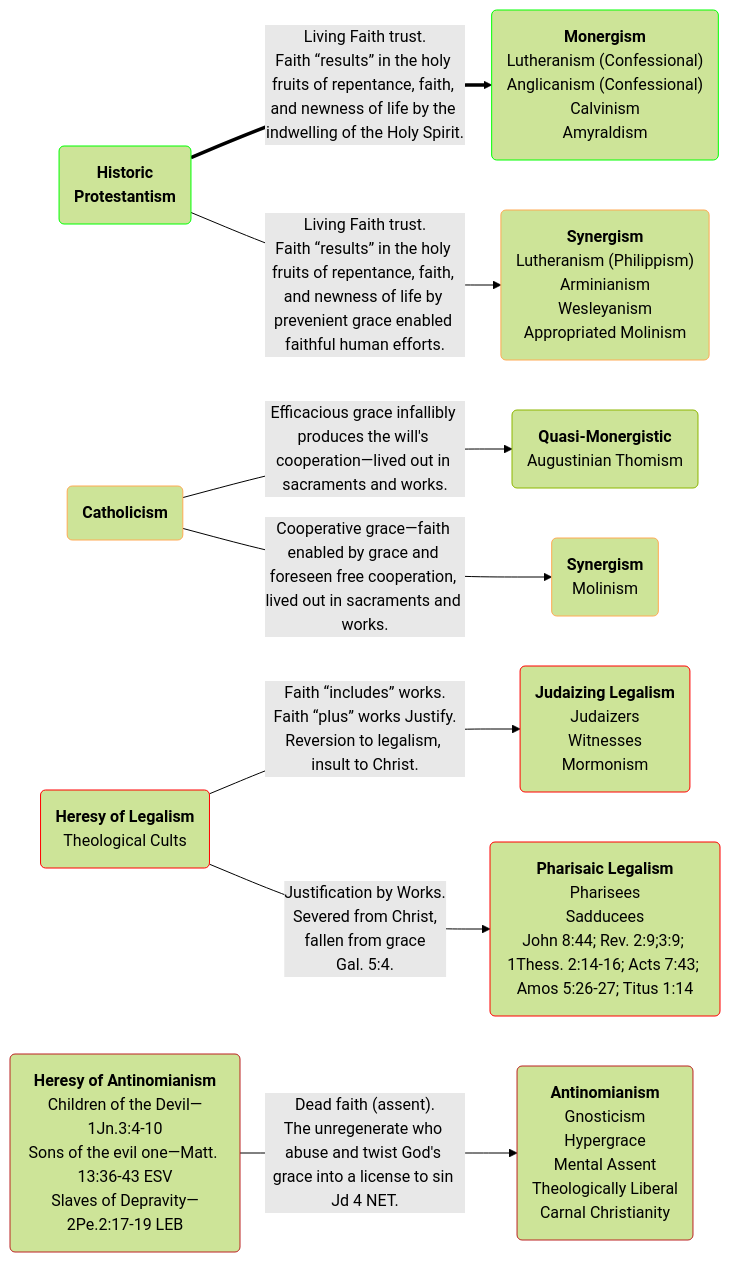
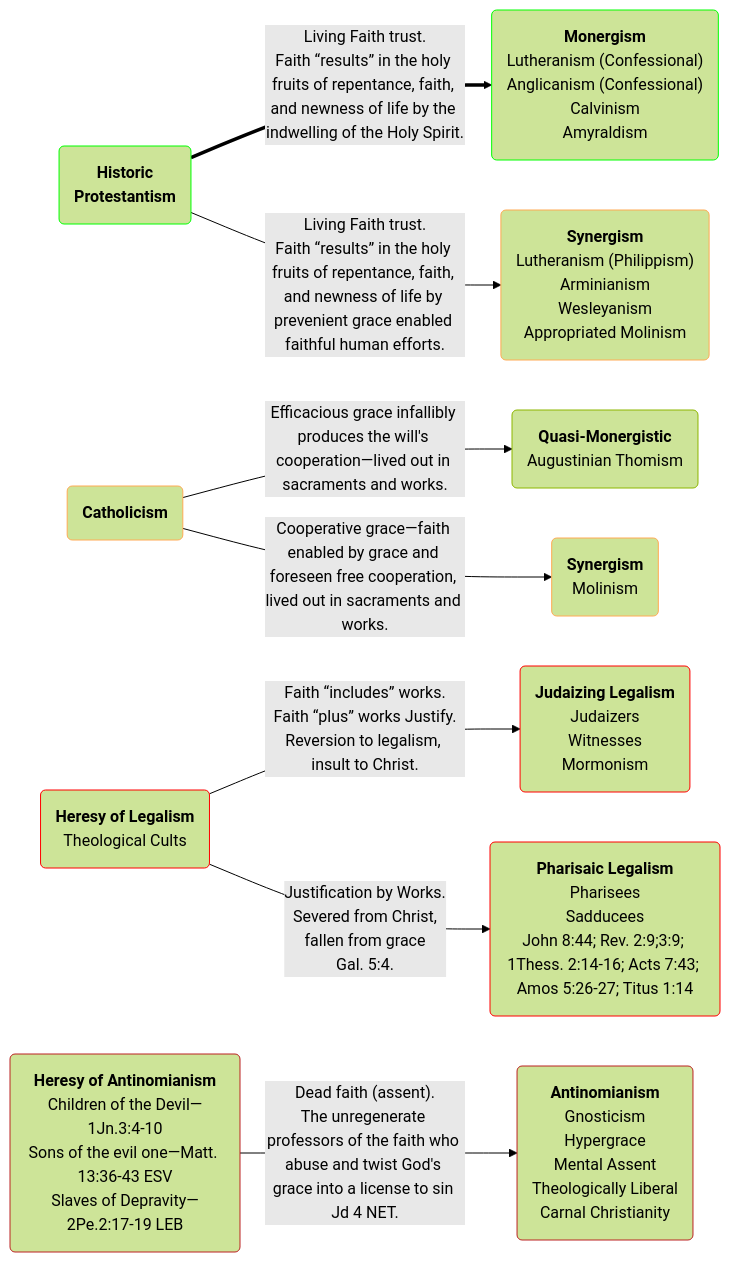
One commit to OrdoLuminis/ordoluminis.github.io changed the first of 2 diagrams in _posts/2025-08-03-historic-protestant-position.markdown. Above: the diagram before and after it, drawn with Mermaid (forest theme). The commit also changed other lines of this file, not shown here.

Commit message:
stronger

````diff
--- a/_posts/2025-08-03-historic-protestant-position.markdown
+++ b/_posts/2025-08-03-historic-protestant-position.markdown
@@ -55,23 +55,23 @@
 ```mermaid
 flowchart LR
     A(<strong>Historic<br>Protestantism</strong>):::green
     B(<strong>Catholicism</strong>):::orange
     C(<strong>Heresy of Legalism</strong><br>Theological Cults):::red
     D(<strong>Heresy of Antinomianism</strong><br>Children of the Devil&mdash;1Jn.3:4-10<br>Sons of the evil one&mdash;Matt. 13:36-43 ESV<br>Slaves of Depravity&mdash;2Pe.2:17-19 LEB):::firebrick
     A ==>|Living Faith trust.<br>Faith &ldquo;results&rdquo; in the holy fruits of repentance, faith, and newness of life by the indwelling of the Holy Spirit.| G(<strong>Monergism</strong><br>Lutheranism &lpar;Confessional&rpar;<br>Anglicanism &lpar;Confessional&rpar;<br>Calvinism<br>Amyraldism):::green
     A -->|Living Faith trust.<br>Faith &ldquo;results&rdquo; in the holy fruits of repentance, faith, and newness of life by prevenient grace enabled faithful human efforts.| H(<strong>Synergism</strong><br>Lutheranism &lpar;Philippism&rpar;<br>Arminianism<br>Wesleyanism<br>Appropriated Molinism):::orange
     B -->|Efficacious grace infallibly produces the will's cooperation&mdash;lived out in sacraments and works.| N(<strong>Quasi-Monergistic</strong><br>Augustinian Thomism):::yellowgreen
     B -->|Cooperative grace&mdash;faith enabled by grace and foreseen free cooperation, lived out in sacraments and works.| I(<strong>Synergism</strong><br>Molinism):::orange
     C -->|Faith &ldquo;includes&rdquo; works.<br>Faith &ldquo;plus&rdquo; works Justify.<br>Reversion to legalism, insult to Christ.| J(<strong>Judaizing Legalism</strong><br>Judaizers<br>Witnesses<br>Mormonism):::red
     C -->|Justification by Works.<br>Severed from Christ,<br>fallen from grace<br>Gal. 5:4.| K(<strong>Pharisaic Legalism</strong><br>Pharisees<br>Sadducees<br>John 8:44; Rev. 2:9;3:9; 1Thess. 2:14-16; Acts 7:43; Amos 5:26-27; Titus 1:14):::red
-    D -->|Dead faith &lpar;assent&rpar;.<br>The unregenerate who abuse and twist God's grace into a license to sin Jd 4 NET.| L(<strong>Antinomianism</strong><br>Gnosticism<br>Hypergrace<br>Mental Assent<br>Theologically Liberal<br>Carnal Christianity):::firebrick
+    D -->|Dead faith &lpar;assent&rpar;.<br>The unregenerate professors of the faith who abuse and twist God's grace into a license to sin Jd 4 NET.| L(<strong>Antinomianism</strong><br>Gnosticism<br>Hypergrace<br>Mental Assent<br>Theologically Liberal<br>Carnal Christianity):::firebrick
     classDef red stroke:#f00
     classDef green stroke:#0f0
     classDef lightgreen stroke:#Bf0
     classDef yellowgreen stroke:#8db600
     classDef darkgreen stroke:#006400
     classDef orange stroke:#fa5
     classDef firebrick stroke:#b22
     classDef darkred stroke:#8B0000
     classDef darkerred stroke:#701705
 ```
````
